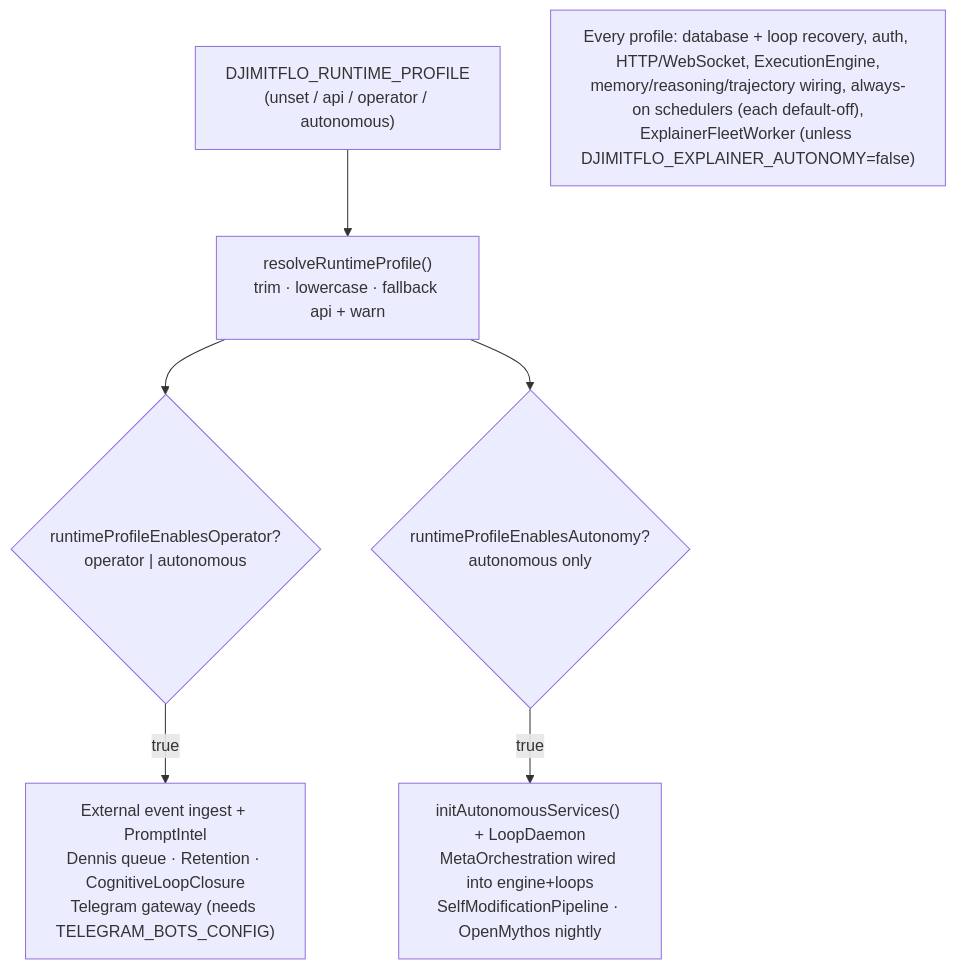
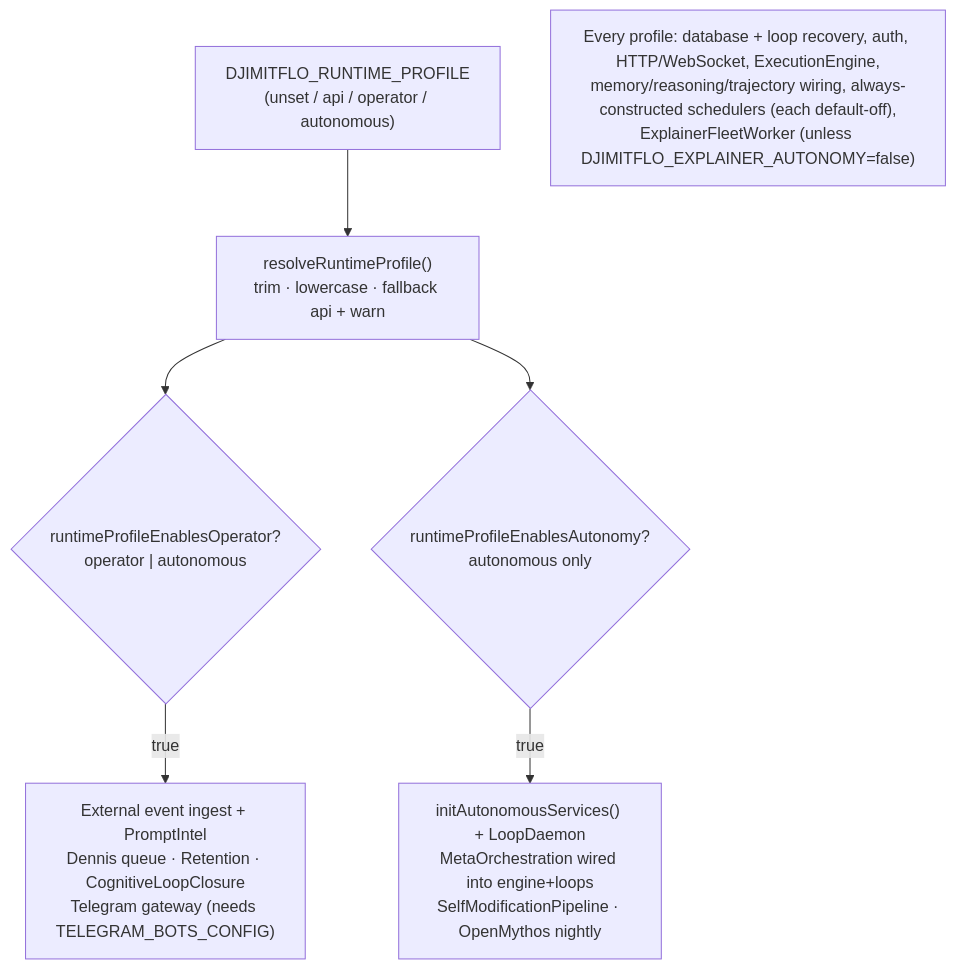
The diagram in openwiki/architecture/runtime-profiles.md (djimit/djimitflo), drawn with Mermaid before and after one commit. The commit also changed other lines of this file and 41 other files, not shown here.

````diff
--- a/openwiki/architecture/runtime-profiles.md
+++ b/openwiki/architecture/runtime-profiles.md
@@ -76,9 +76,9 @@
 ```mermaid
 flowchart TD
     ENV["DJIMITFLO_RUNTIME_PROFILE<br/>(unset / api / operator / autonomous)"] --> RES["resolveRuntimeProfile()<br/>trim · lowercase · fallback api + warn"]
     RES --> OP{"runtimeProfileEnablesOperator?<br/>operator | autonomous"}
     RES --> AU{"runtimeProfileEnablesAutonomy?<br/>autonomous only"}
     OP -->|true| OPSVCS["External event ingest + PromptIntel<br/>Dennis queue · Retention · CognitiveLoopClosure<br/>Telegram gateway (needs TELEGRAM_BOTS_CONFIG)"]
     AU -->|true| AUSVCS["initAutonomousServices() + LoopDaemon<br/>MetaOrchestration wired into engine+loops<br/>SelfModificationPipeline · OpenMythos nightly"]
-    ALL["Every profile: database + loop recovery, auth, HTTP/WebSocket, ExecutionEngine,<br/>memory/reasoning/trajectory wiring, always-on schedulers (each default-off),<br/>ExplainerFleetWorker (unless DJIMITFLO_EXPLAINER_AUTONOMY=false)"]
+    ALL["Every profile: database + loop recovery, auth, HTTP/WebSocket, ExecutionEngine,<br/>memory/reasoning/trajectory wiring, always-constructed schedulers (each default-off),<br/>ExplainerFleetWorker (unless DJIMITFLO_EXPLAINER_AUTONOMY=false)"]
 ```
````
